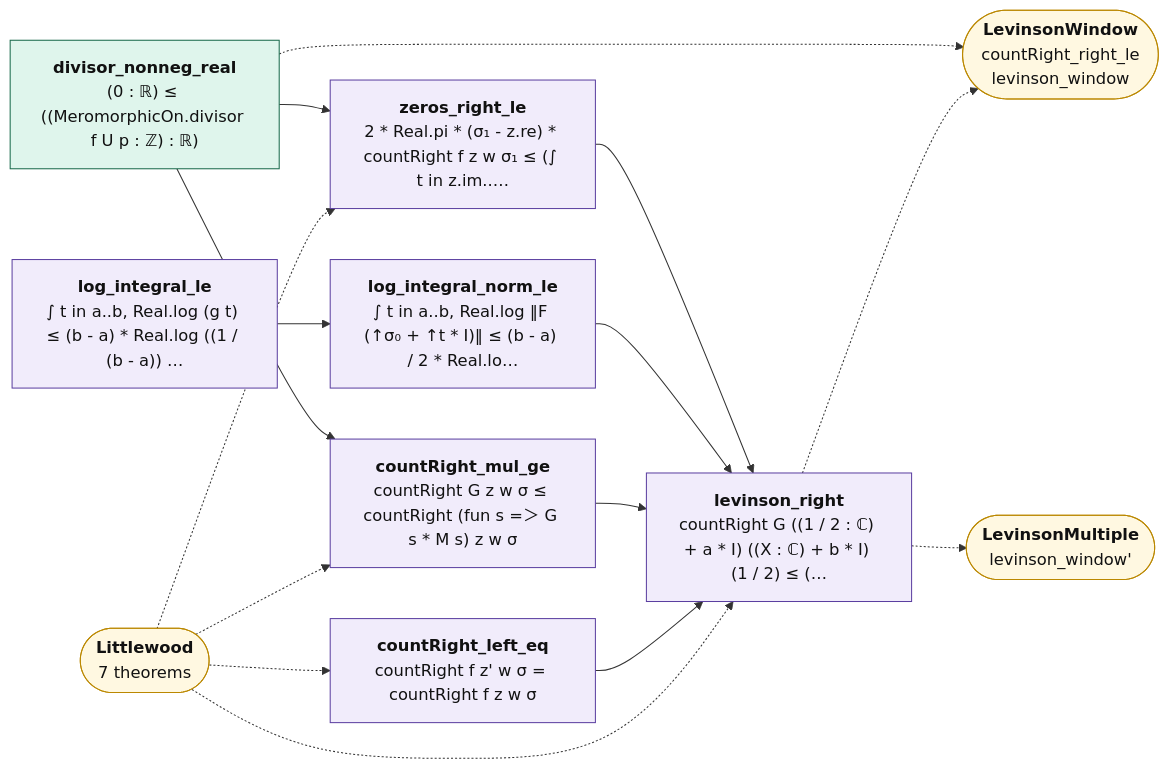
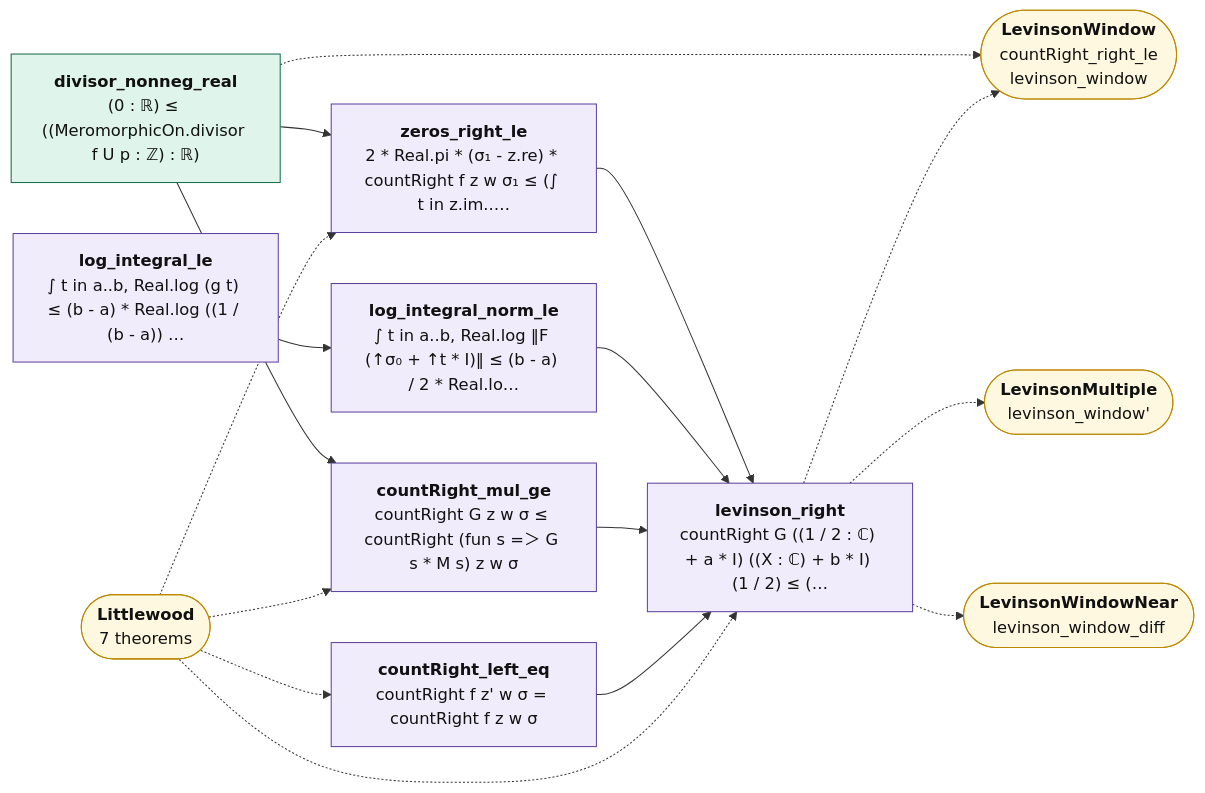
The diagram in map/lean_stage3/LevinsonRight.md (juliansambranojr/Primebeat_081426), drawn with Mermaid before and after one commit. The commit also changed other lines of this file and 40 other files, not shown here.

````diff
--- a/map/lean_stage3/LevinsonRight.md
+++ b/map/lean_stage3/LevinsonRight.md
@@ -14,35 +14,37 @@
 ```mermaid
 flowchart LR
   n0["<b>divisor_nonneg_real</b><br/>(0 : ℝ) ≤ ((MeromorphicOn.divisor f U p : ℤ) : ℝ)"]:::cnt
   n1["<b>zeros_right_le</b><br/>2 * Real.pi * (σ₁ - z.re) * countRight f z w σ₁ ≤ (∫ t in z.im..…"]:::shp
   n2["<b>log_integral_le</b><br/>∫ t in a..b, Real.log (g t) ≤ (b - a) * Real.log ((1 / (b - a)) …"]:::shp
   n3["<b>log_integral_norm_le</b><br/>∫ t in a..b, Real.log ‖F (↑σ₀ + ↑t * I)‖ ≤ (b - a) / 2 * Real.lo…"]:::shp
   n4["<b>countRight_mul_ge</b><br/>countRight G z w σ ≤ countRight (fun s =＞ G s * M s) z w σ"]:::shp
   n5["<b>countRight_left_eq</b><br/>countRight f z' w σ = countRight f z w σ"]:::shp
   n6["<b>levinson_right</b><br/>countRight G ((1 / 2 : ℂ) + a * I) ((X : ℂ) + b * I) (1 / 2) ≤ (…"]:::shp
   x0(["<b>LevinsonWindow</b><br/>countRight_right_le<br/>levinson_window"]):::ext
   x1(["<b>Littlewood</b><br/>7 theorems"]):::ext
   x2(["<b>LevinsonMultiple</b><br/>levinson_window'"]):::ext
+  x3(["<b>LevinsonWindowNear</b><br/>levinson_window_diff"]):::ext
   n0 --> n1
   n0 --> n4
   n1 --> n6
   n2 --> n3
   n3 --> n6
   n4 --> n6
   n5 --> n6
   n0 -.-> x0
   n6 -.-> x0
   n6 -.-> x2
+  n6 -.-> x3
   x1 -.-> n1
   x1 -.-> n4
   x1 -.-> n5
   x1 -.-> n6
   classDef cnt fill:#dff5ec,stroke:#17694a,color:#111
   classDef shp fill:#f1ecfb,stroke:#5b3fa0,color:#111
   classDef rh fill:#ffe5e5,stroke:#c22,color:#111,stroke-width:2px
   classDef thm fill:#eef4ff,stroke:#335,color:#111
   classDef end_ fill:#e7f7e7,stroke:#2a7,color:#111,stroke-width:2px
   classDef lone fill:#fff,stroke:#999,color:#111,stroke-dasharray:4 3
   classDef bad fill:#ffe5e5,stroke:#c22,color:#111,stroke-width:2px
   classDef ext fill:#fff8e1,stroke:#b80,color:#111
 ```
````
